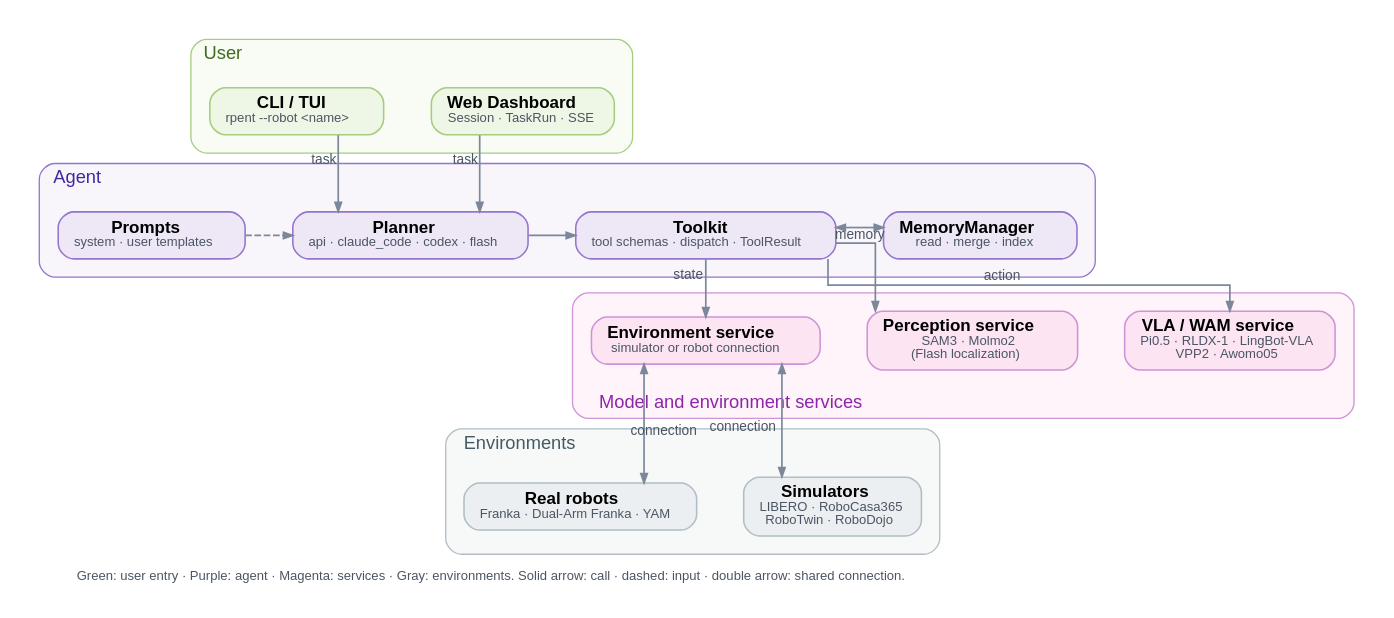
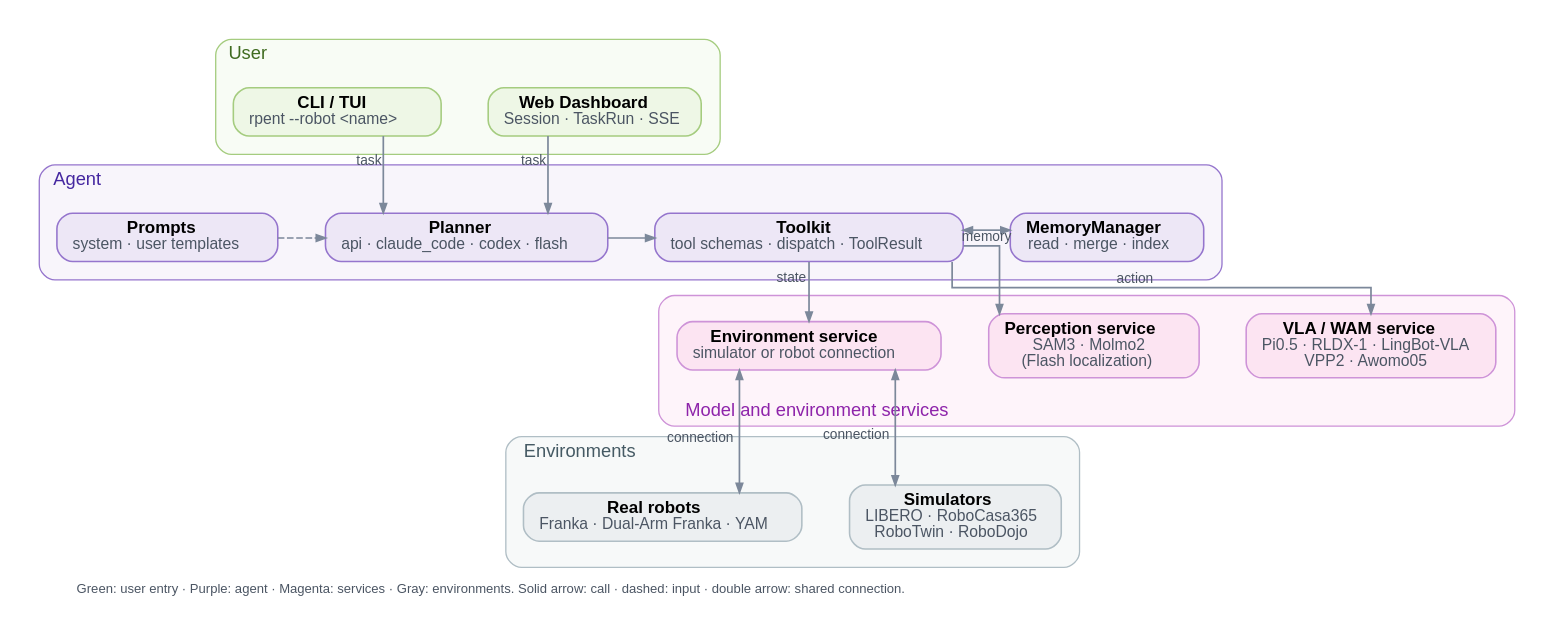
One commit to qurakchin/RPent changed the diagram in docs/_diagrams/architecture-en.dot. Above: the diagram before and after it, drawn with Graphviz. The commit also changed 69 other files, not shown here.

```diff
--- a/docs/_diagrams/architecture-en.dot
+++ b/docs/_diagrams/architecture-en.dot
@@ -1,64 +1,64 @@
 digraph architecture {
   graph [rankdir=TB, splines=ortho, nodesep=0.50, ranksep=0.55, pad=0.20,
          newrank=true, fontname="Helvetica", bgcolor="white",
          label="Green: user entry · Purple: agent · Magenta: services · Gray: environments. Solid arrow: call · dashed: input · double arrow: shared connection.", labelloc="b", labeljust="l", fontsize=10,
          fontcolor="#4b5563"];
   node [shape=box, style="rounded,filled", fontname="Helvetica", fontsize=12,
         margin="0.16,0.09", penwidth=1.2];
   edge [color="#7c889a", penwidth=1.3, arrowsize=0.7, fontname="Helvetica",
         fontsize=10.5, fontcolor="#4b5563"];
 
   subgraph cluster_user {
     label="User"; labeljust="l"; labelloc="t";
     fontsize=14; margin=14;
     fontcolor="#3f6b1f"; style="rounded,filled";
     fillcolor="#eef7e666"; color="#a5cc7f";
 {rank=same; dashboard; cli;}
-  dashboard [label=<<FONT POINT-SIZE="13"><B>Web Dashboard</B></FONT><BR/><FONT POINT-SIZE="10" COLOR="#4b5563">Session · TaskRun · SSE</FONT>>, fillcolor="#eef7e6", color="#a5cc7f"];
-  cli [label=<<FONT POINT-SIZE="13"><B>CLI / TUI</B></FONT><BR/><FONT POINT-SIZE="10" COLOR="#4b5563">rpent --robot &lt;name&gt;</FONT>>, fillcolor="#eef7e6", color="#a5cc7f"];
+  dashboard [label=<<FONT POINT-SIZE="13"><B>Web Dashboard</B></FONT><BR/><FONT POINT-SIZE="12" COLOR="#4b5563">Session · TaskRun · SSE</FONT>>, fillcolor="#eef7e6", color="#a5cc7f"];
+  cli [label=<<FONT POINT-SIZE="13"><B>CLI / TUI</B></FONT><BR/><FONT POINT-SIZE="12" COLOR="#4b5563">rpent --robot &lt;name&gt;</FONT>>, fillcolor="#eef7e6", color="#a5cc7f"];
   }
 
   subgraph cluster_agent {
     label="Agent"; labeljust="l"; labelloc="t";
     fontsize=14; margin=14;
     fontcolor="#4527a0"; style="rounded,filled";
     fillcolor="#ede7f666"; color="#9575cd";
 {rank=same; prompts; planner; toolkit; memory;}
-  prompts [label=<<FONT POINT-SIZE="13"><B>Prompts</B></FONT><BR/><FONT POINT-SIZE="10" COLOR="#4b5563">system · user templates</FONT>>, fillcolor="#ede7f6", color="#9575cd"];
-  planner [label=<<FONT POINT-SIZE="13"><B>Planner</B></FONT><BR/><FONT POINT-SIZE="10" COLOR="#4b5563">api · claude_code · codex · flash</FONT>>, fillcolor="#ede7f6", color="#9575cd"];
-  toolkit [label=<<FONT POINT-SIZE="13"><B>Toolkit</B></FONT><BR/><FONT POINT-SIZE="10" COLOR="#4b5563">tool schemas · dispatch · ToolResult</FONT>>, fillcolor="#ede7f6", color="#9575cd", group=spine];
-  memory [label=<<FONT POINT-SIZE="13"><B>MemoryManager</B></FONT><BR/><FONT POINT-SIZE="10" COLOR="#4b5563">read · merge · index</FONT>>, fillcolor="#ede7f6", color="#9575cd"];
+  prompts [label=<<FONT POINT-SIZE="13"><B>Prompts</B></FONT><BR/><FONT POINT-SIZE="12" COLOR="#4b5563">system · user templates</FONT>>, fillcolor="#ede7f6", color="#9575cd"];
+  planner [label=<<FONT POINT-SIZE="13"><B>Planner</B></FONT><BR/><FONT POINT-SIZE="12" COLOR="#4b5563">api · claude_code · codex · flash</FONT>>, fillcolor="#ede7f6", color="#9575cd"];
+  toolkit [label=<<FONT POINT-SIZE="13"><B>Toolkit</B></FONT><BR/><FONT POINT-SIZE="12" COLOR="#4b5563">tool schemas · dispatch · ToolResult</FONT>>, fillcolor="#ede7f6", color="#9575cd", group=spine];
+  memory [label=<<FONT POINT-SIZE="13"><B>MemoryManager</B></FONT><BR/><FONT POINT-SIZE="12" COLOR="#4b5563">read · merge · index</FONT>>, fillcolor="#ede7f6", color="#9575cd"];
   }
 
   subgraph cluster_service {
     label="Model and environment services"; labeljust="l"; labelloc="b";
     fontsize=14; margin=14;
     fontcolor="#8e24aa"; style="rounded,filled";
     fillcolor="#fce4f266"; color="#ce93d8";
 {rank=same; vla; perception; env_service;}
-  vla [label=<<FONT POINT-SIZE="13"><B>VLA / WAM service</B></FONT><BR/><FONT POINT-SIZE="10" COLOR="#4b5563">Pi0.5 · RLDX-1 · LingBot-VLA<BR/>VPP2 · Awomo05</FONT>>, fillcolor="#fce4f2", color="#ce93d8"];
-  perception [label=<<FONT POINT-SIZE="13"><B>Perception service</B></FONT><BR/><FONT POINT-SIZE="10" COLOR="#4b5563">SAM3 · Molmo2<BR/>(Flash localization)</FONT>>, fillcolor="#fce4f2", color="#ce93d8"];
-  env_service [label=<<FONT POINT-SIZE="13"><B>Environment service</B></FONT><BR/><FONT POINT-SIZE="10" COLOR="#4b5563">simulator or robot connection</FONT>>, fillcolor="#fce4f2", color="#ce93d8", group=spine];
+  vla [label=<<FONT POINT-SIZE="13"><B>VLA / WAM service</B></FONT><BR/><FONT POINT-SIZE="12" COLOR="#4b5563">Pi0.5 · RLDX-1 · LingBot-VLA<BR/>VPP2 · Awomo05</FONT>>, fillcolor="#fce4f2", color="#ce93d8"];
+  perception [label=<<FONT POINT-SIZE="13"><B>Perception service</B></FONT><BR/><FONT POINT-SIZE="12" COLOR="#4b5563">SAM3 · Molmo2<BR/>(Flash localization)</FONT>>, fillcolor="#fce4f2", color="#ce93d8"];
+  env_service [label=<<FONT POINT-SIZE="13"><B>Environment service</B></FONT><BR/><FONT POINT-SIZE="12" COLOR="#4b5563">simulator or robot connection</FONT>>, fillcolor="#fce4f2", color="#ce93d8", group=spine];
   }
 
   subgraph cluster_env {
     label="Environments"; labeljust="l"; labelloc="t";
     fontsize=14; margin=14;
     fontcolor="#455a64"; style="rounded,filled";
     fillcolor="#eceff166"; color="#b0bec5";
 {rank=same; sims; real;}
-  sims [label=<<FONT POINT-SIZE="13"><B>Simulators</B></FONT><BR/><FONT POINT-SIZE="10" COLOR="#4b5563">LIBERO · RoboCasa365<BR/>RoboTwin · RoboDojo</FONT>>, fillcolor="#eceff1", color="#b0bec5"];
-  real [label=<<FONT POINT-SIZE="13"><B>Real robots</B></FONT><BR/><FONT POINT-SIZE="10" COLOR="#4b5563">Franka · Dual-Arm Franka · YAM</FONT>>, fillcolor="#eceff1", color="#b0bec5"];
+  sims [label=<<FONT POINT-SIZE="13"><B>Simulators</B></FONT><BR/><FONT POINT-SIZE="12" COLOR="#4b5563">LIBERO · RoboCasa365<BR/>RoboTwin · RoboDojo</FONT>>, fillcolor="#eceff1", color="#b0bec5"];
+  real [label=<<FONT POINT-SIZE="13"><B>Real robots</B></FONT><BR/><FONT POINT-SIZE="12" COLOR="#4b5563">Franka · Dual-Arm Franka · YAM</FONT>>, fillcolor="#eceff1", color="#b0bec5"];
   }
 
   dashboard -> planner [xlabel="task"];
   cli -> planner [xlabel="task"];
   prompts -> planner [style=dashed];
   planner -> toolkit;
   toolkit -> memory [dir=both, xlabel="memory"];
   toolkit -> vla [xlabel="action"];
   toolkit -> perception;
   toolkit -> env_service [xlabel="state"];
   env_service -> sims [dir=both, xlabel="connection"];
   env_service -> real [dir=both, xlabel="connection"];
 }
```
